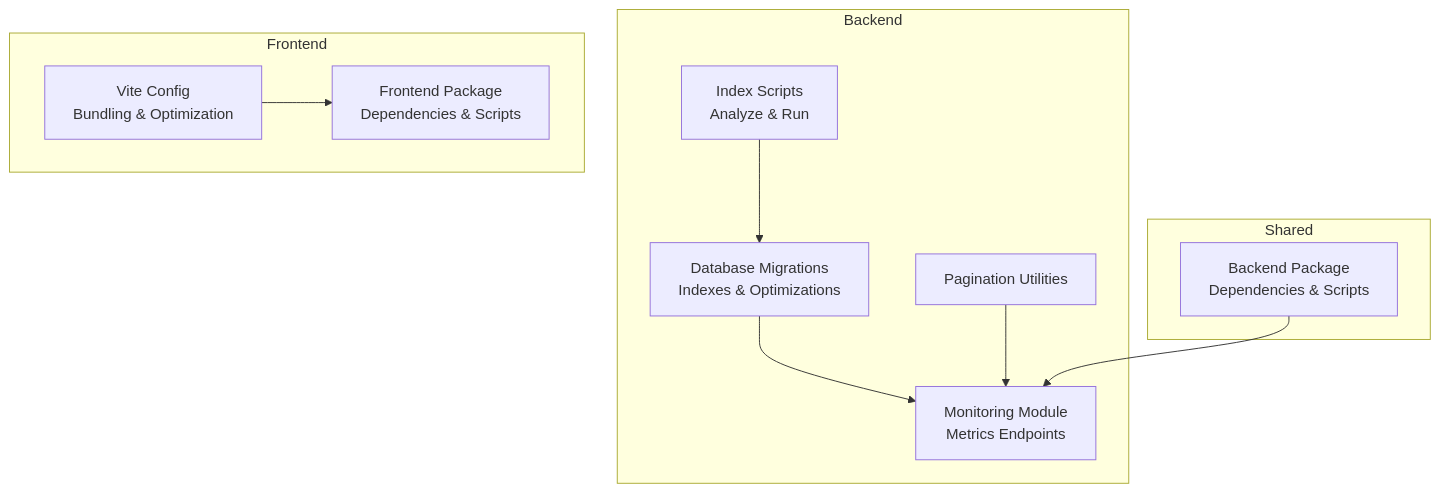
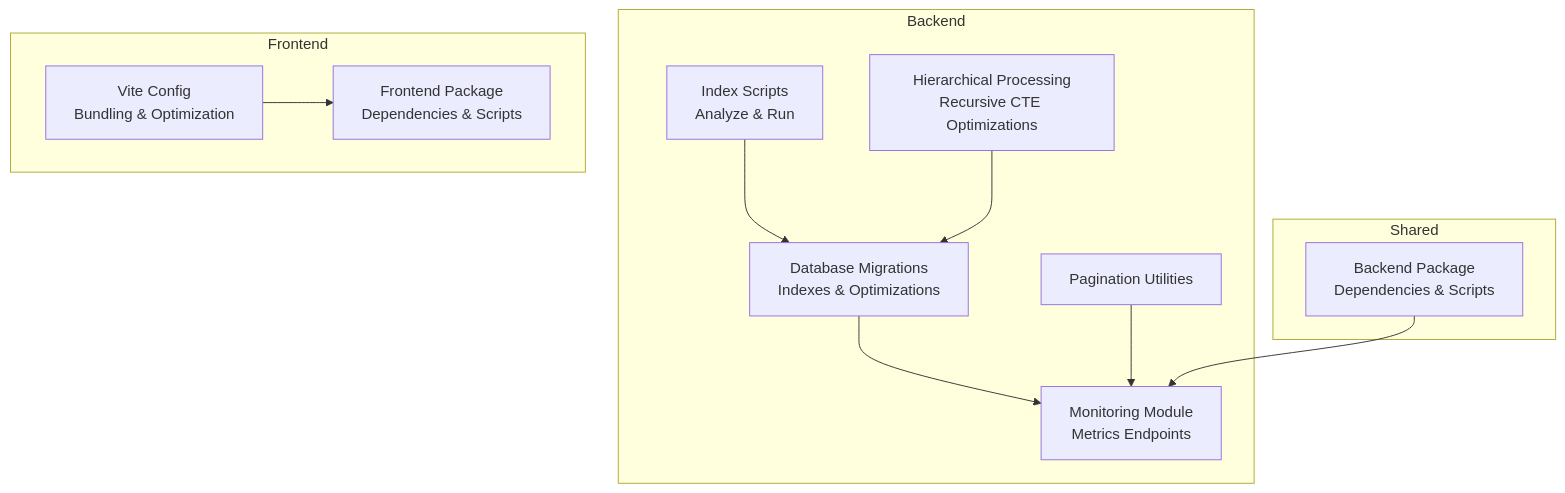
One commit to franckylab/eLISAschool changed the first of 11 diagrams in .qoder/repowiki/en/content/Troubleshooting & FAQ/Performance Optimization & Troubleshooting/Performance Optimization & Troubleshooting.md. Above: the diagram before and after it, drawn with Mermaid. The commit also changed other lines of this file and 134 other files, not shown here.

````diff
--- a/.qoder/repowiki/en/content/Troubleshooting & FAQ/Performance Optimization & Troubleshooting/Performance Optimization & Troubleshooting.md
+++ b/.qoder/repowiki/en/content/Troubleshooting & FAQ/Performance Optimization & Troubleshooting/Performance Optimization & Troubleshooting.md
@@ -50,21 +57,23 @@
 ```mermaid
 graph TB
 subgraph "Backend"
 DBM["Database Migrations<br/>Indexes & Optimizations"]
 MON["Monitoring Module<br/>Metrics Endpoints"]
 PAG["Pagination Utilities"]
 IDX["Index Scripts<br/>Analyze & Run"]
+HIER["Hierarchical Processing<br/>Recursive CTE Optimizations"]
 end
 subgraph "Frontend"
 VITE["Vite Config<br/>Bundling & Optimization"]
 PKGFE["Frontend Package<br/>Dependencies & Scripts"]
 end
 subgraph "Shared"
 PKGBE["Backend Package<br/>Dependencies & Scripts"]
 end
 DBM --> MON
 PAG --> MON
 IDX --> DBM
+HIER --> DBM
 VITE --> PKGFE
 PKGBE --> MON
 ```
````
